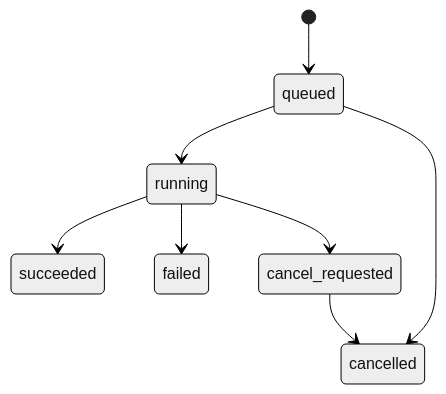
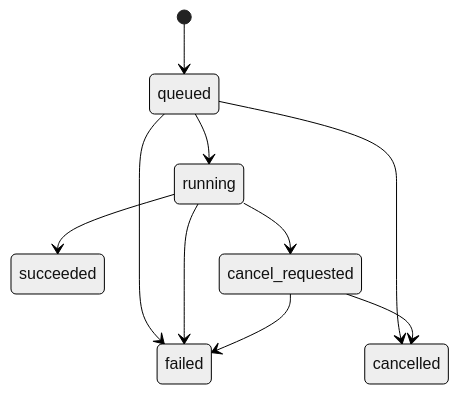
Before and after one commit to sherlockz122/softwaretest: the second of 3 diagrams in docs/02-系统架构与详细设计.md, drawn with Mermaid (neutral theme). The commit also changed 18 other files, not shown here.

````diff
--- a/docs/02-系统架构与详细设计.md
+++ b/docs/02-系统架构与详细设计.md
@@ -106,10 +106,12 @@
 ```mermaid
 stateDiagram-v2
     [*] --> queued
     queued --> running
     queued --> cancelled
+    queued --> failed
     running --> succeeded
     running --> failed
     running --> cancel_requested
     cancel_requested --> cancelled
+    cancel_requested --> failed
 ```
````
